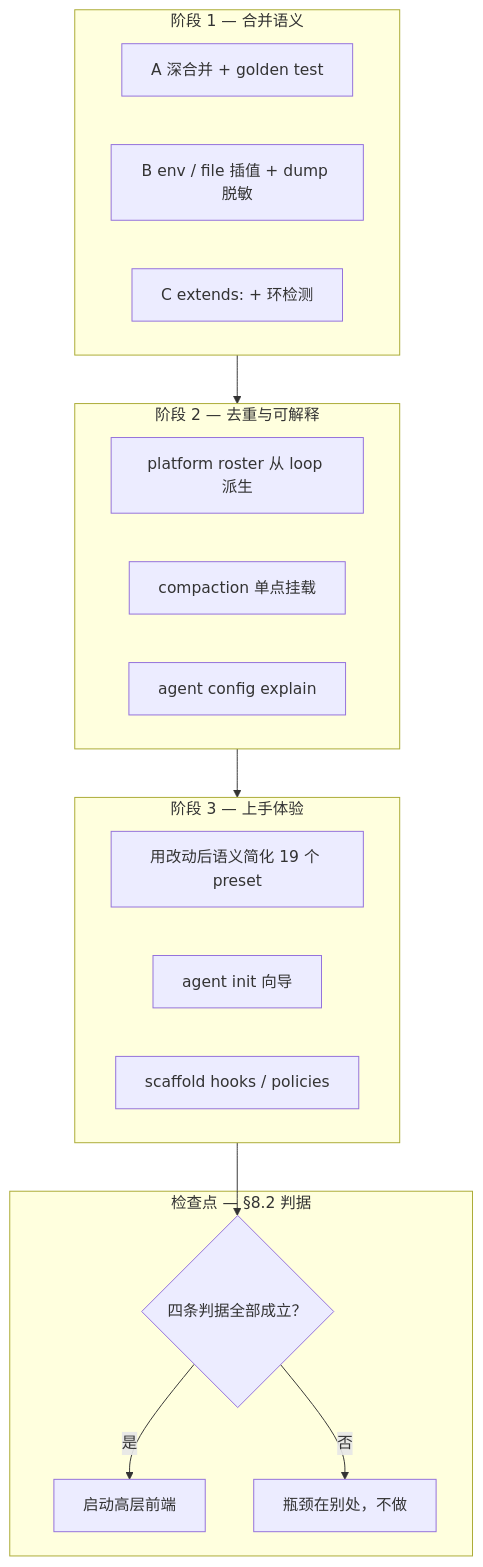
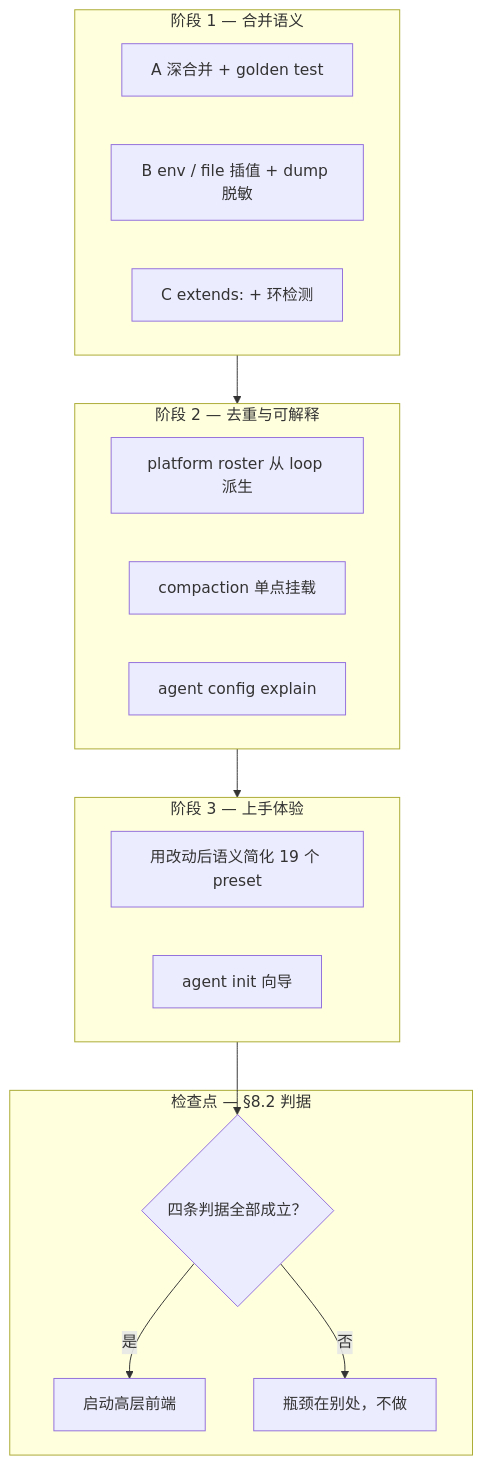
The second of 2 diagrams in docs/guides/config-simplification.zh.md (lengzhao/agentkit), drawn with Mermaid before and after one commit. The commit also changed other lines of this file and 43 other files, not shown here.

````diff
--- a/docs/guides/config-simplification.zh.md
+++ b/docs/guides/config-simplification.zh.md
@@ -394,26 +385,25 @@
 ```mermaid
 flowchart TB
   subgraph p1 ["阶段 1 — 合并语义"]
     A["A 深合并 + golden test"]
     B["B env / file 插值 + dump 脱敏"]
     C["C extends: + 环检测"]
   end
   subgraph p2 ["阶段 2 — 去重与可解释"]
     D["platform roster 从 loop 派生"]
     E["compaction 单点挂载"]
     F["agent config explain"]
   end
   subgraph p3 ["阶段 3 — 上手体验"]
     G["用改动后语义简化 19 个 preset"]
     H["agent init 向导"]
-    I["scaffold hooks / policies"]
   end
   subgraph gate ["检查点 — §8.2 判据"]
     J{"四条判据全部成立？"}
     K["启动高层前端"]
     L["瓶颈在别处，不做"]
   end
   p1 --> p2 --> p3 --> J
   J -->|是| K
   J -->|否| L
 ```
````
